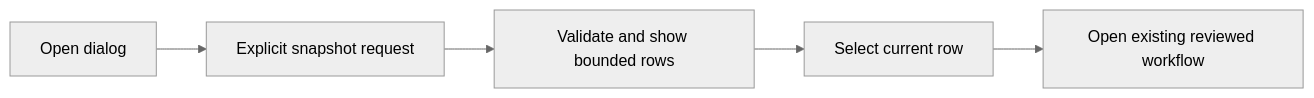
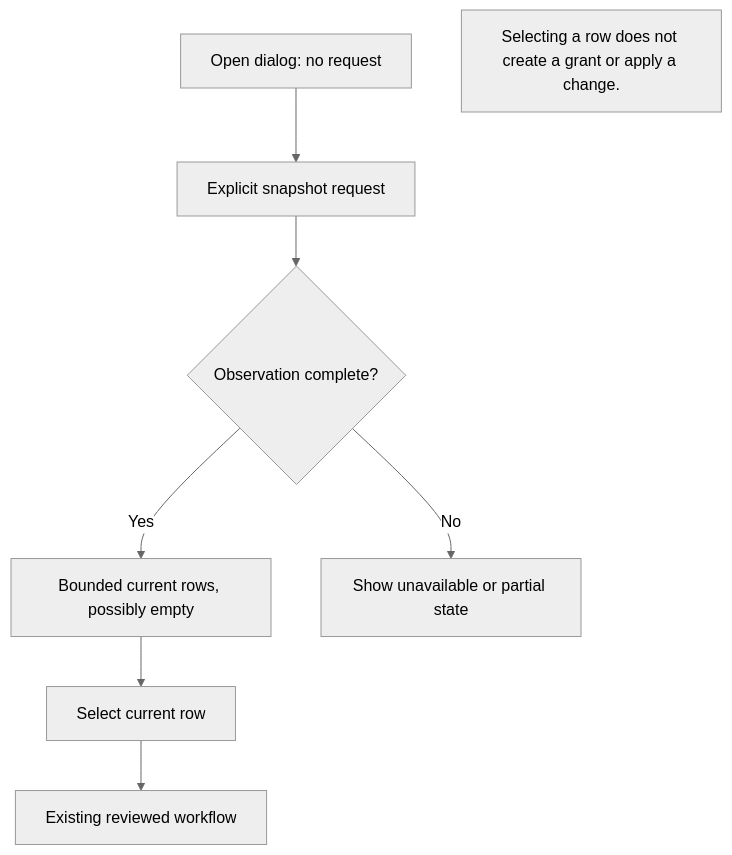
The diagram in web/src/catalog/INTEGRATION.md (webkaz-labs/sobalink), drawn with Mermaid (neutral theme) before and after one commit. The commit also changed 238 other files, not shown here.

First line of the commit message:
docs: explain workflows with distinct diagrams and real screen examples (#60)

````diff
--- a/web/src/catalog/INTEGRATION.md
+++ b/web/src/catalog/INTEGRATION.md
@@ -7,7 +7,13 @@
 ```mermaid
-flowchart LR
-    A[Open dialog] --> B[Explicit snapshot request]
-    B --> C[Validate and show bounded rows]
-    C --> D[Select current row]
-    D --> E[Open existing reviewed workflow]
+flowchart TD
+ accTitle: Observation first, operation elsewhere
+ accDescr: Selecting a row does not create a grant or apply a change.
+ A["Open dialog: no request"] --> B["Explicit snapshot request"]
+ B --> C{"Observation complete?"}
+ C -->|Yes| D["Bounded current rows, possibly empty"]
+ C -->|No| E["Show unavailable or partial state"]
+ D --> F["Select current row"]
+ F --> G["Existing reviewed workflow"]
+
+ LIMIT["Selecting a row does not create a grant or apply a change."]
 ```
````
